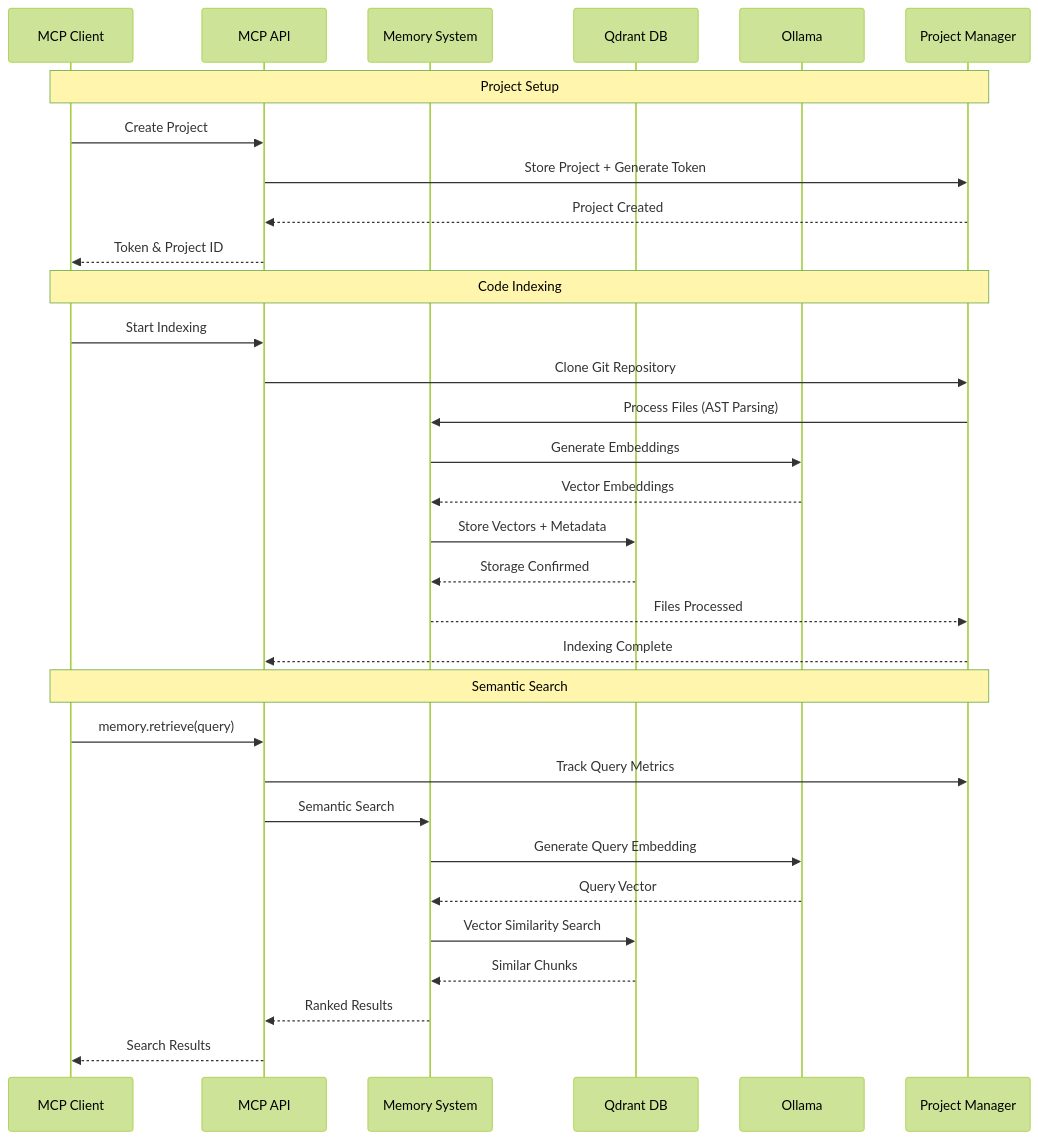
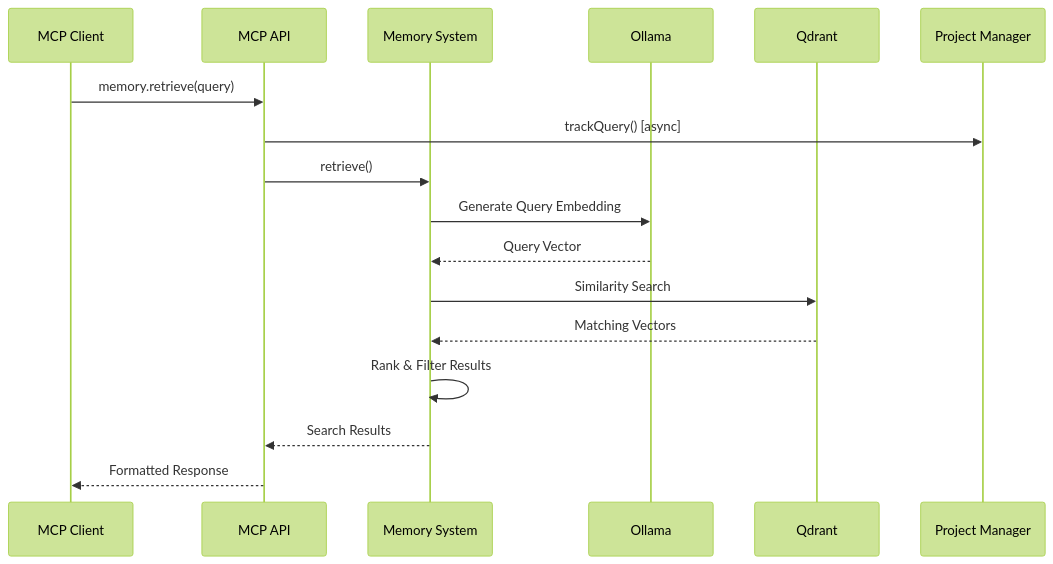
One commit to piwi3910/ideamem changed the sixth of 6 diagrams in README.md. Above: the diagram before and after it, drawn with Mermaid (forest theme). The commit also changed other lines of this file and 12 other files, not shown here.

````diff
--- a/README.md
+++ b/README.md
@@ -210,37 +253,20 @@
 ```mermaid
 sequenceDiagram
     participant C as MCP Client
     participant A as MCP API
     participant M as Memory System
-    participant Q as Qdrant DB
     participant O as Ollama
+    participant Q as Qdrant
     participant P as Project Manager
 
-    Note over C,P: Project Setup
-    C->>A: Create Project
-    A->>P: Store Project + Generate Token
-    P-->>A: Project Created
-    A-->>C: Token & Project ID
-
-    Note over C,P: Code Indexing
-    C->>A: Start Indexing
-    A->>P: Clone Git Repository
-    P->>M: Process Files (AST Parsing)
-    M->>O: Generate Embeddings
-    O-->>M: Vector Embeddings
-    M->>Q: Store Vectors + Metadata
-    Q-->>M: Storage Confirmed
-    M-->>P: Files Processed
-    P-->>A: Indexing Complete
-
-    Note over C,P: Semantic Search
     C->>A: memory.retrieve(query)
-    A->>P: Track Query Metrics
-    A->>M: Semantic Search
+    A->>P: trackQuery() [async]
+    A->>M: retrieve()
     M->>O: Generate Query Embedding
     O-->>M: Query Vector
-    M->>Q: Vector Similarity Search
-    Q-->>M: Similar Chunks
-    M-->>A: Ranked Results
-    A-->>C: Search Results
+    M->>Q: Similarity Search
+    Q-->>M: Matching Vectors
+    M->>M: Rank & Filter Results
+    M-->>A: Search Results
+    A-->>C: Formatted Response
 ```
````
